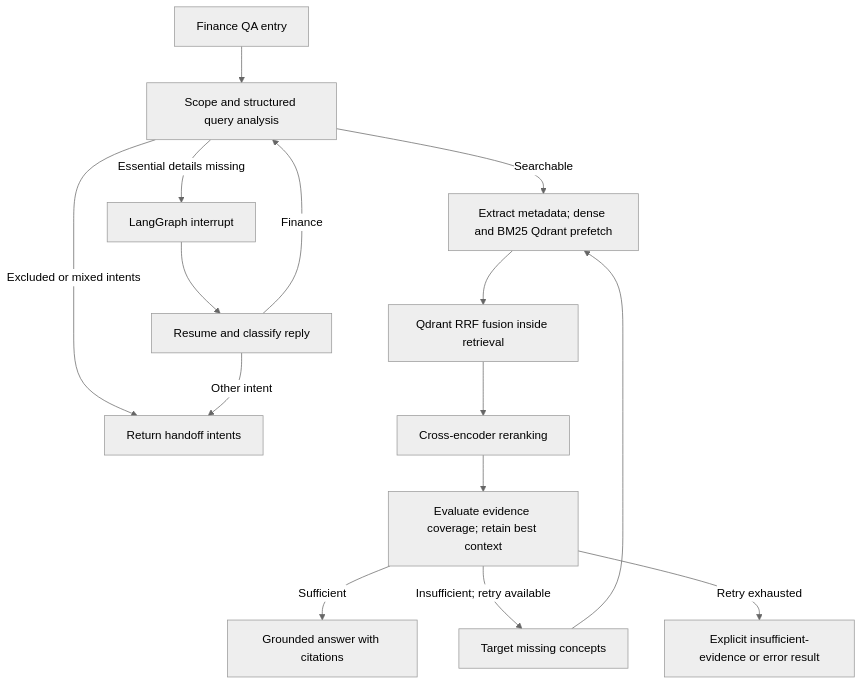
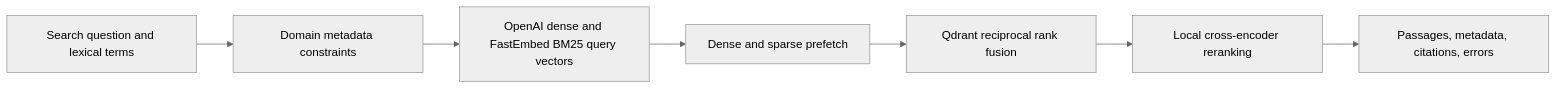
Before and after one commit to vinodkandibilla/ai-finance-assistant: the second of 3 diagrams in README.md, drawn with Mermaid (neutral theme). The commit also changed other lines of this file and 70 other files, not shown here.

````diff
--- a/README.md
+++ b/README.md
@@ -210,17 +266,9 @@
 ```mermaid
-flowchart TD
-    Entry[Finance QA entry] --> Analyze[Scope and structured query analysis]
-    Analyze -->|Excluded or mixed intents| Handoff[Return handoff intents]
-    Analyze -->|Essential details missing| Clarify[LangGraph interrupt]
-    Clarify --> Reply[Resume and classify reply]
-    Reply -->|Finance| Analyze
-    Reply -->|Other intent| Handoff
-    Analyze -->|Searchable| Retrieve[Extract metadata; dense and BM25 Qdrant prefetch]
-    Retrieve --> Fuse[Qdrant RRF fusion inside retrieval]
-    Fuse --> Rerank[Cross-encoder reranking]
-    Rerank --> Evaluate[Evaluate evidence coverage; retain best context]
-    Evaluate -->|Sufficient| Generate[Grounded answer with citations]
-    Evaluate -->|Insufficient; retry available| Reformulate[Target missing concepts]
-    Reformulate --> Retrieve
-    Evaluate -->|Retry exhausted| Limited[Explicit insufficient-evidence or error result]
+flowchart LR
+    Query[Search question and lexical terms] --> Filter[Domain metadata constraints]
+    Filter --> Embed[OpenAI dense and FastEmbed BM25 query vectors]
+    Embed --> Qdrant[Dense and sparse prefetch]
+    Qdrant --> RRF[Qdrant reciprocal rank fusion]
+    RRF --> Rerank[Local cross-encoder reranking]
+    Rerank --> Evidence[Passages, metadata, citations, errors]
 ```
````
